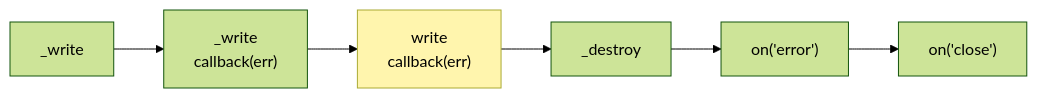
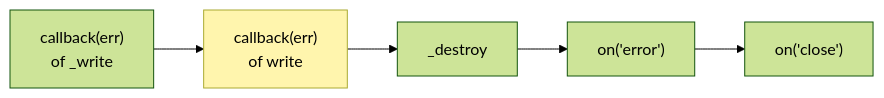
One commit to samuel871211/yusheng-tech-blog changed the second of 2 diagrams in docs/nodejs/stream-writable-2.md. Above: the diagram before and after it, drawn with Mermaid (forest theme). The commit also changed other lines of this file and 2 other files, not shown here.

````diff
--- a/docs/nodejs/stream-writable-2.md
+++ b/docs/nodejs/stream-writable-2.md
@@ -374,10 +375,9 @@
 ```mermaid
 flowchart LR
-    A[_write] --> B["_write<br/>callback(err)"]
-    B --> C["write<br/>callback(err)"]
+    A["callback(err)<br/>of _write"] --> C["callback(err)<br/>of write"]
     C --> D[_destroy]
     D --> E["on('error')"]
     E --> F["on('close')"]
 
     style C fill:#fff5ad,stroke:#aaaa33
 ```
````
